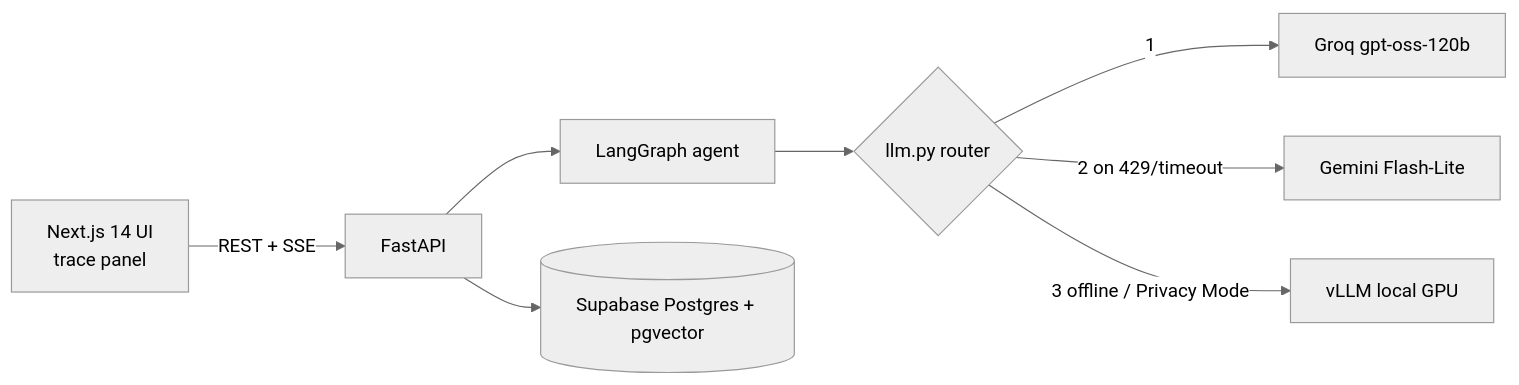
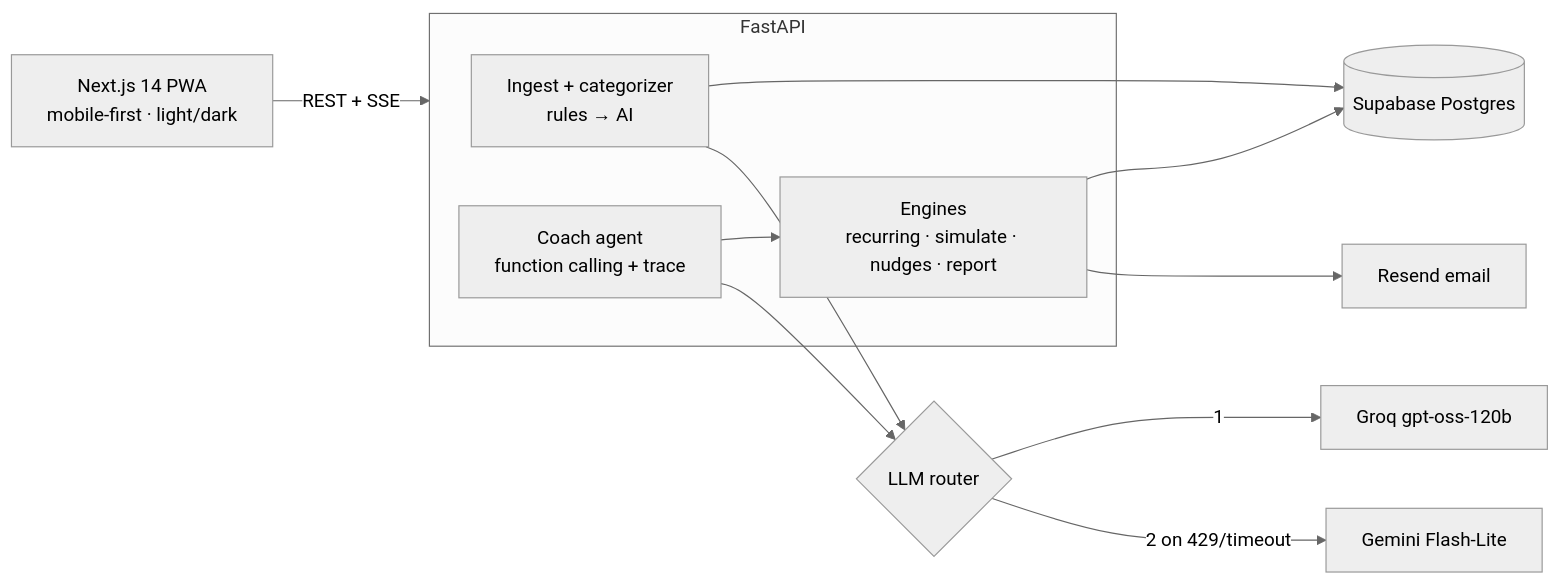
Before and after one commit to Suyash728/finpulse: the diagram in README.md, drawn with Mermaid (neutral theme). The commit also changed other lines of this file and 67 other files, not shown here.

````diff
--- a/README.md
+++ b/README.md
@@ -5,10 +22,17 @@
 ```mermaid
 flowchart LR
-  UI[Next.js 14 UI<br/>trace panel] -->|REST + SSE| API[FastAPI]
-  API --> G[LangGraph agent]
-  G --> R{llm.py router}
+  UI["Next.js 14 PWA<br/>mobile-first · light/dark"] -->|REST + SSE| API
+  subgraph API[FastAPI]
+    ING[Ingest + categorizer<br/>rules → AI]
+    ENG[Engines<br/>recurring · simulate · nudges · report]
+    COACH[Coach agent<br/>function calling + trace]
+  end
+  ING --> DB[(Supabase Postgres)]
+  ENG --> DB
+  COACH --> ENG
+  ING --> R{LLM router}
+  COACH --> R
   R -->|1| Groq[Groq gpt-oss-120b]
   R -->|2 on 429/timeout| Gem[Gemini Flash-Lite]
-  R -->|3 offline / Privacy Mode| V[vLLM local GPU]
-  API --> DB[(Supabase Postgres + pgvector)]
+  ENG --> MAIL[Resend email]
 ```
````
